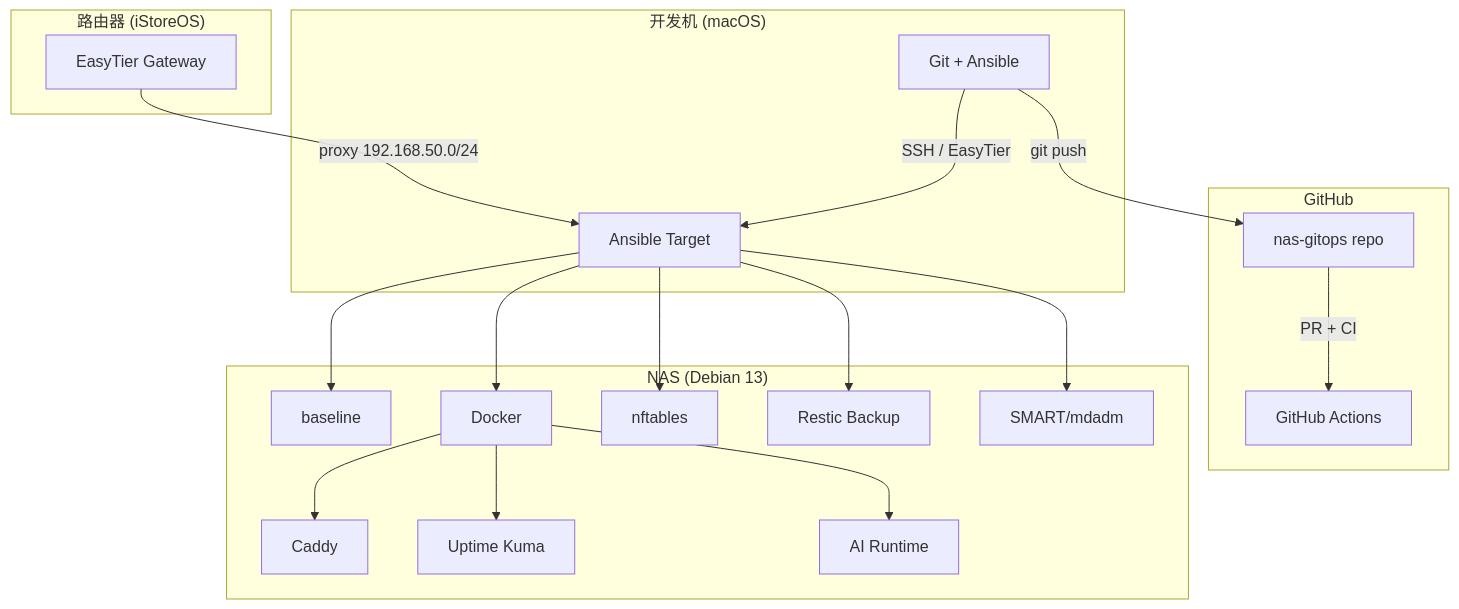
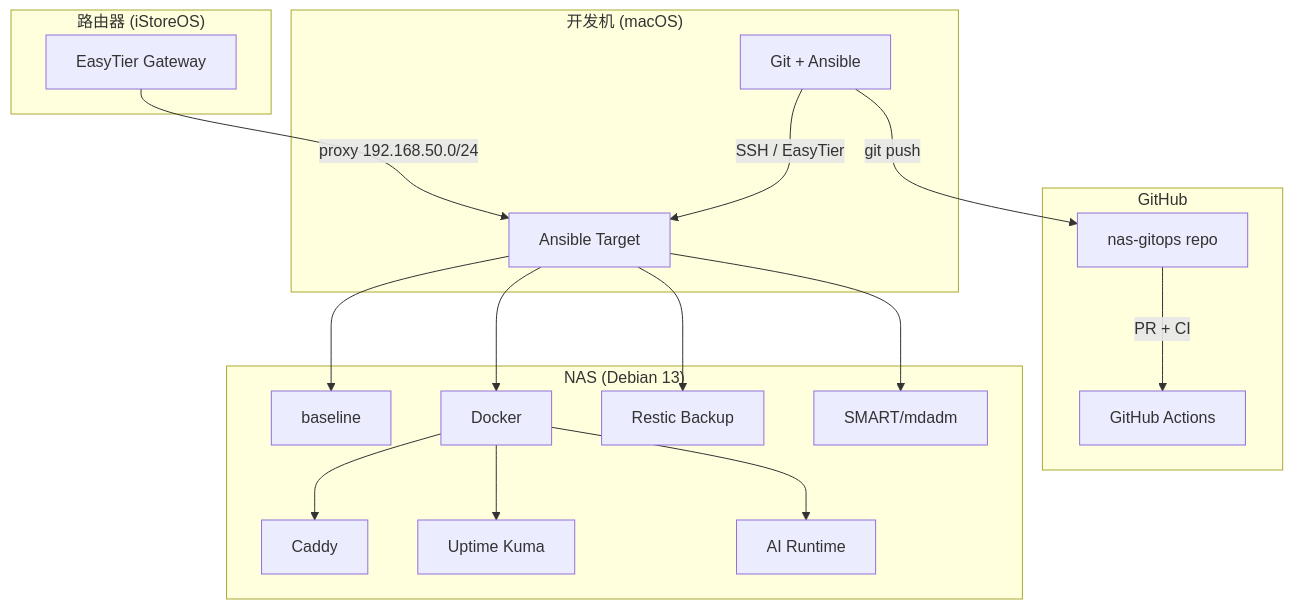
One commit to bernylinville/nas-gitops changed the diagram in docs/development-roadmap.md. Above: the diagram before and after it, drawn with Mermaid. The commit also changed other lines of this file and 1 other file, not shown here.

First line of the commit message:
docs: 更新 roadmap 为 Agent SSOT + AGENTS.md 指引

````diff
--- a/docs/development-roadmap.md
+++ b/docs/development-roadmap.md
@@ -152,23 +173,22 @@
 ```mermaid
 graph TD
     subgraph "开发机 (macOS)"
         A[Git + Ansible] -->|SSH / EasyTier| B
     end
     subgraph "GitHub"
         C[nas-gitops repo] -->|PR + CI| D[GitHub Actions]
     end
     subgraph "NAS (Debian 13)"
         B[Ansible Target] --> E[baseline]
         B --> F[Docker]
         F --> G[Caddy]
         F --> H[Uptime Kuma]
         F --> I[AI Runtime]
-        B --> J[nftables]
         B --> K[Restic Backup]
         B --> L[SMART/mdadm]
     end
     A -->|git push| C
     subgraph "路由器 (iStoreOS)"
         M[EasyTier Gateway] -->|proxy 192.168.50.0/24| B
     end
 ```
````
